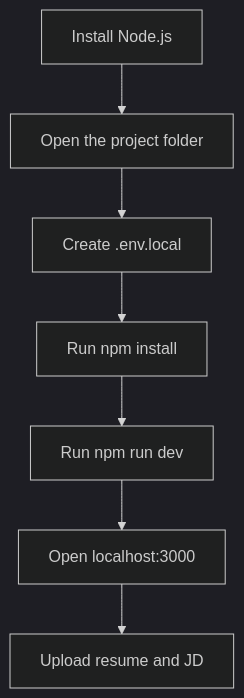
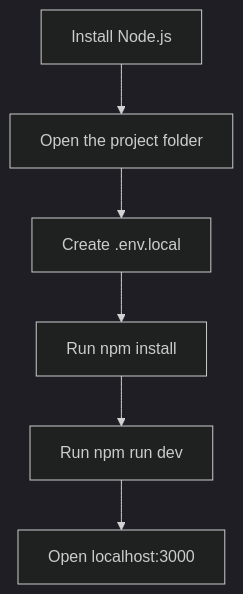
Before and after one commit to a-zax/ArtPark_team_monikabhati2005: the diagram in TEAM_SETUP_GUIDE.md, drawn with Mermaid (dark theme). The commit also changed other lines of this file and 10 other files, not shown here.

````diff
--- a/TEAM_SETUP_GUIDE.md
+++ b/TEAM_SETUP_GUIDE.md
@@ -20,9 +31,8 @@
 ```mermaid
 flowchart TD
     A[Install Node.js] --> B[Open the project folder]
     B --> C[Create .env.local]
     C --> D[Run npm install]
     D --> E[Run npm run dev]
     E --> F[Open localhost:3000]
-    F --> G[Upload resume and JD]
 ```
````
